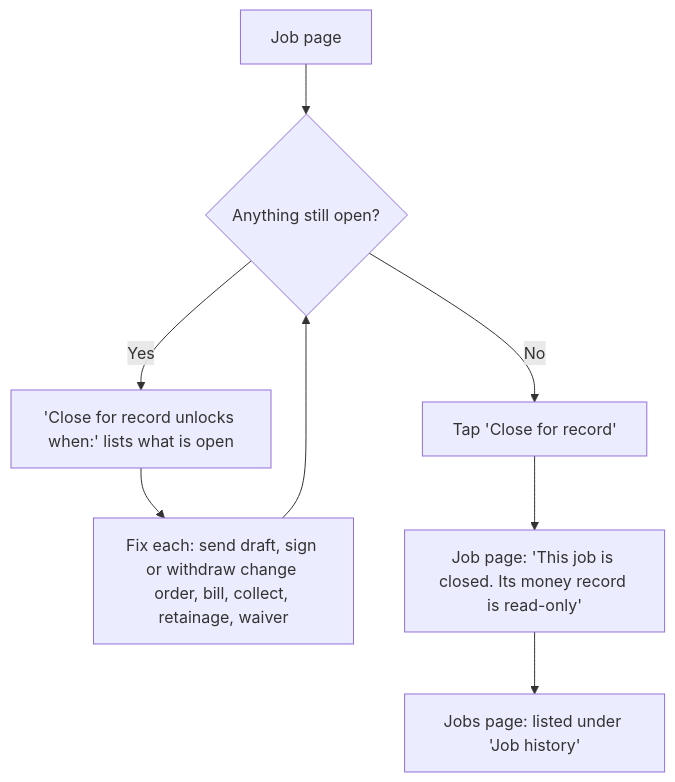
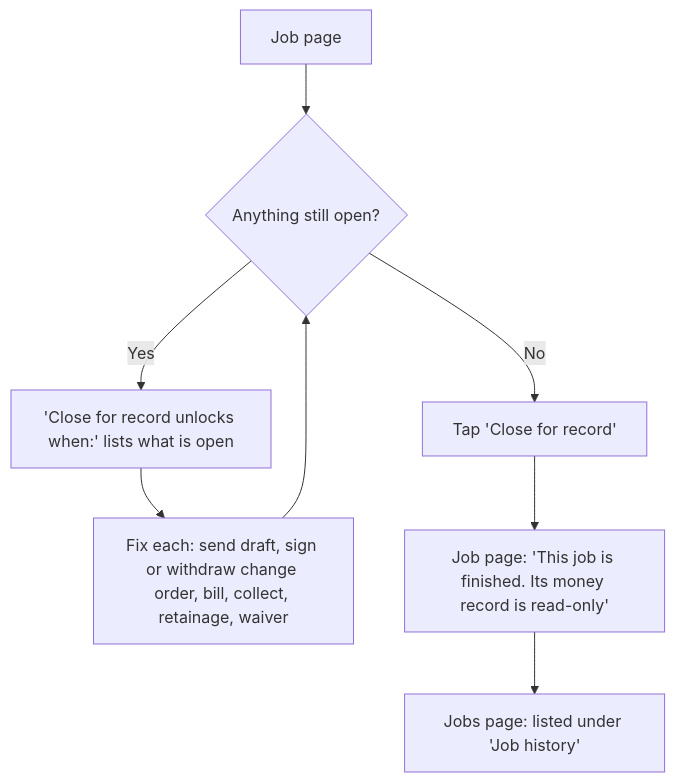
One commit to cartwrightstephen/billdable changed diagram 13 of 15 in docs/client-flows.md. Above: the diagram before and after it, drawn with Mermaid. The commit also changed 12 other files, not shown here.

First line of the commit message:
Round 4: R4-01, R4-02, R4-03 accept a short pay, reopen a finished job or undo done, and pull back a sent pay app

````diff
--- a/docs/client-flows.md
+++ b/docs/client-flows.md
@@ -478,10 +478,10 @@
 ```mermaid
 flowchart TD
     A["Job page"] --> B{"Anything still open?"}
     B -->|"Yes"| C["'Close for record unlocks when:' lists what is open"]
     C --> D["Fix each: send draft, sign or withdraw change order, bill, collect, retainage, waiver"]
     D --> B
     B -->|"No"| E["Tap 'Close for record'"]
-    E --> F["Job page: 'This job is closed. Its money record is read-only'"]
+    E --> F["Job page: 'This job is finished. Its money record is read-only'"]
     F --> G["Jobs page: listed under 'Job history'"]
 ```
````
